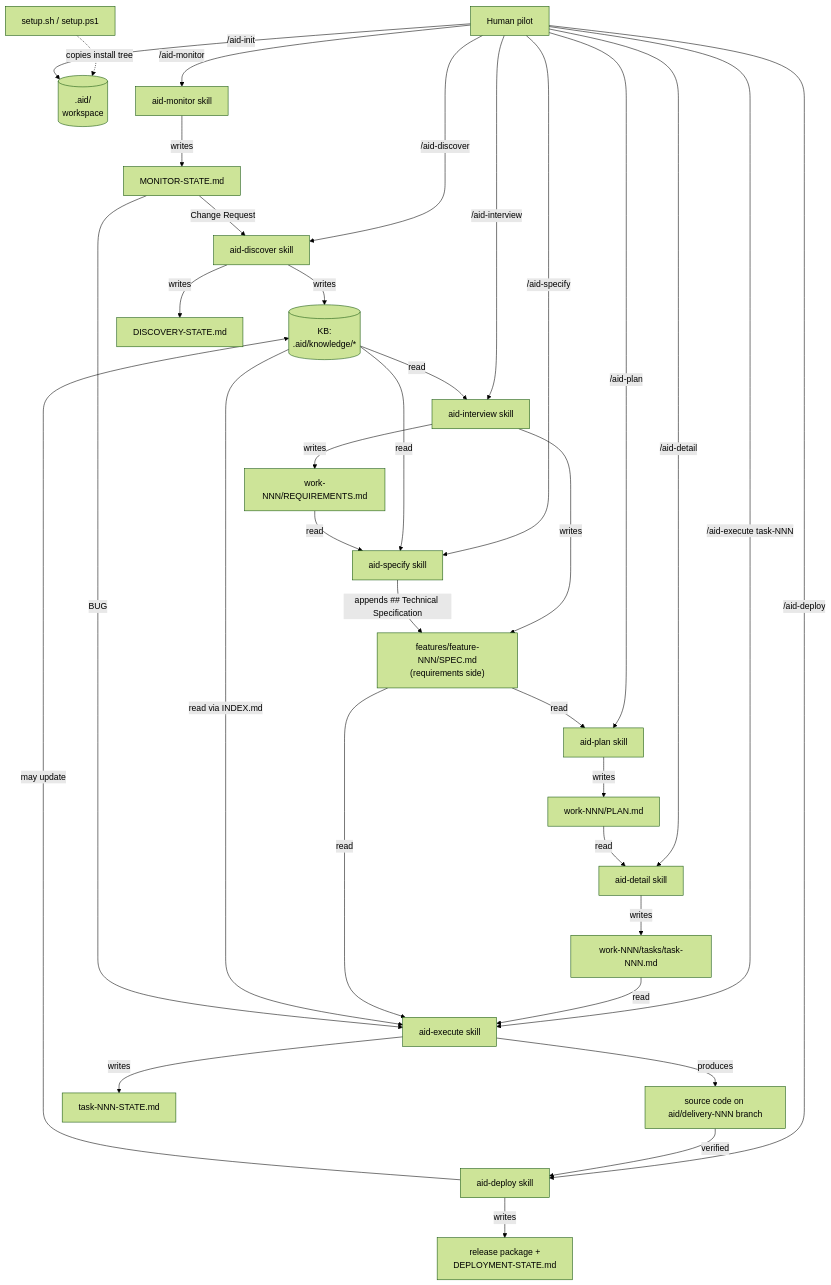
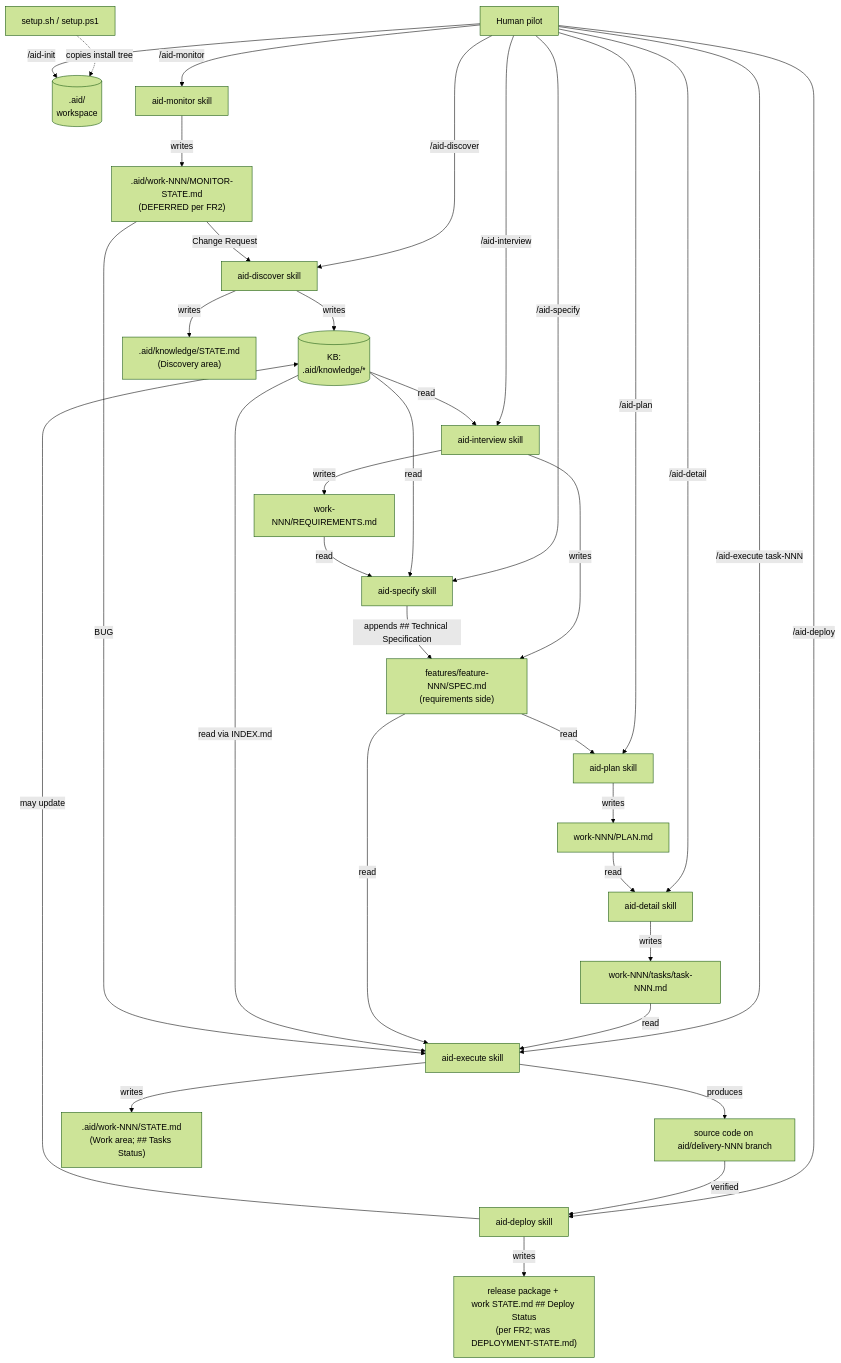
One commit to AndreVianna/aid-methodology changed the third of 3 diagrams in .aid/knowledge/architecture.md. Above: the diagram before and after it, drawn with Mermaid (forest theme). The commit also changed other lines of this file and 182 other files, not shown here.

````diff
--- a/.aid/knowledge/architecture.md
+++ b/.aid/knowledge/architecture.md
@@ -353,49 +380,49 @@
 ```mermaid
 flowchart TB
   HUMAN["Human pilot"]
   SETUP["setup.sh / setup.ps1"]
   AID[(".aid/<br/>workspace")]
   KB[("KB:<br/>.aid/knowledge/*")]
 
   SETUP -. "copies install tree" .-> AID
 
   HUMAN -- "/aid-init" --> AID
   HUMAN -- "/aid-discover" --> DISC["aid-discover skill"]
   DISC -- "writes" --> KB
-  DISC -- "writes" --> DSTATE["DISCOVERY-STATE.md"]
+  DISC -- "writes" --> DSTATE[".aid/knowledge/STATE.md<br/>(Discovery area)"]
 
   HUMAN -- "/aid-interview" --> INT["aid-interview skill"]
   KB -- "read" --> INT
   INT -- "writes" --> REQ["work-NNN/REQUIREMENTS.md"]
   INT -- "writes" --> FSPEC["features/feature-NNN/SPEC.md<br/>(requirements side)"]
 
   HUMAN -- "/aid-specify" --> SPEC["aid-specify skill"]
   KB -- "read" --> SPEC
   REQ -- "read" --> SPEC
   SPEC -- "appends ## Technical Specification" --> FSPEC
 
   HUMAN -- "/aid-plan" --> PLAN["aid-plan skill"]
   FSPEC -- "read" --> PLAN
   PLAN -- "writes" --> PLANMD["work-NNN/PLAN.md"]
 
   HUMAN -- "/aid-detail" --> DET["aid-detail skill"]
   PLANMD -- "read" --> DET
   DET -- "writes" --> TASKS["work-NNN/tasks/task-NNN.md"]
 
   HUMAN -- "/aid-execute task-NNN" --> EXE["aid-execute skill"]
   TASKS -- "read" --> EXE
   FSPEC -- "read" --> EXE
   KB -- "read via INDEX.md" --> EXE
   EXE -- "produces" --> CODE["source code on aid/delivery-NNN branch"]
-  EXE -- "writes" --> TSTATE["task-NNN-STATE.md"]
+  EXE -- "writes" --> WSTATE[".aid/work-NNN/STATE.md<br/>(Work area; ## Tasks Status)"]
 
   HUMAN -- "/aid-deploy" --> DEP["aid-deploy skill"]
   CODE -- "verified" --> DEP
-  DEP -- "writes" --> DELIV["release package +<br/>DEPLOYMENT-STATE.md"]
+  DEP -- "writes" --> DELIV["release package + <br/>work STATE.md ## Deploy Status<br/>(per FR2; was DEPLOYMENT-STATE.md)"]
   DEP -- "may update" --> KB
 
   HUMAN -- "/aid-monitor" --> MON["aid-monitor skill"]
-  MON -- "writes" --> MSTATE["MONITOR-STATE.md"]
+  MON -- "writes" --> MSTATE[".aid/work-NNN/MONITOR-STATE.md<br/>(DEFERRED per FR2)"]
   MSTATE -- "BUG" --> EXE
   MSTATE -- "Change Request" --> DISC
 ```
````
